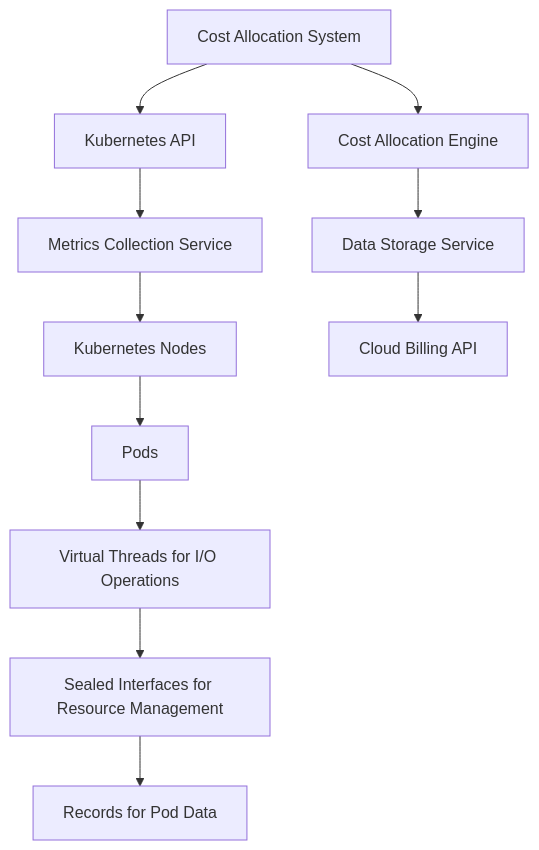
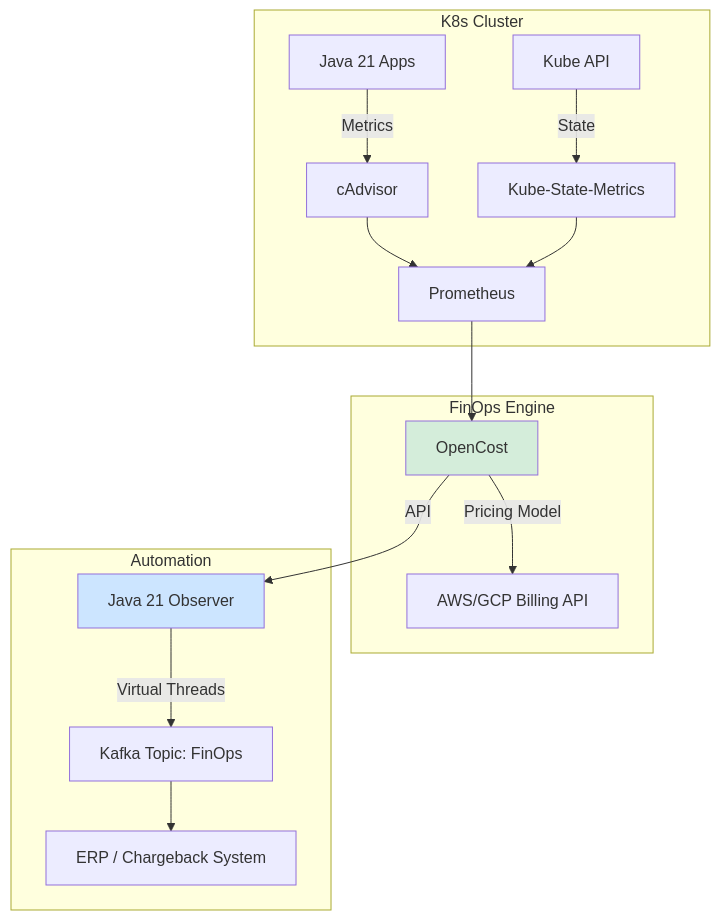
The third of 3 diagrams in _Review/finops_y_kubernetes_cost_allocation/finops_y_kubernetes_cost_allocation.md (Joaquinriosheredia/DAM-Java-Mastery), drawn with Mermaid before and after one commit. The commit also changed other lines of this file, not shown here.

Commit message:
FinOps y Kubernetes Cost Allocation en Java 21

````diff
--- a/_Review/finops_y_kubernetes_cost_allocation/finops_y_kubernetes_cost_allocation.md
+++ b/_Review/finops_y_kubernetes_cost_allocation/finops_y_kubernetes_cost_allocation.md
@@ -462,13 +387,23 @@
 ```mermaid
 graph TD
-    A[Cost Allocation System] --> B[Kubernetes API]
-    B --> C[Metrics Collection Service]
-    C --> D[Kubernetes Nodes]
-    D --> E[Pods]
-    E --> F[Virtual Threads for I/O Operations]
-    F --> G[Sealed Interfaces for Resource Management]
-    G --> H[Records for Pod Data]
-    A --> I[Cost Allocation Engine]
-    I --> J[Data Storage Service]
-    J --> K[Cloud Billing API]
+    subgraph "K8s Cluster"
+        APP[Java 21 Apps] -->|Metrics| CADV[cAdvisor]
+        CADV --> PROM[Prometheus]
+        KAPI[Kube API] -->|State| KSM[Kube-State-Metrics]
+        KSM --> PROM
+    end
+    
+    subgraph "FinOps Engine"
+        PROM --> OC[OpenCost]
+        OC -->|Pricing Model| CLOUD[AWS/GCP Billing API]
+    end
+    
+    subgraph "Automation"
+        OC -->|API| OBS[Java 21 Observer]
+        OBS -->|Virtual Threads| KAFKA[Kafka Topic: FinOps]
+        KAFKA --> ERP[ERP / Chargeback System]
+    end
+    
+    style OC fill:#d4edda
+    style OBS fill:#cce5ff
 ```
````
